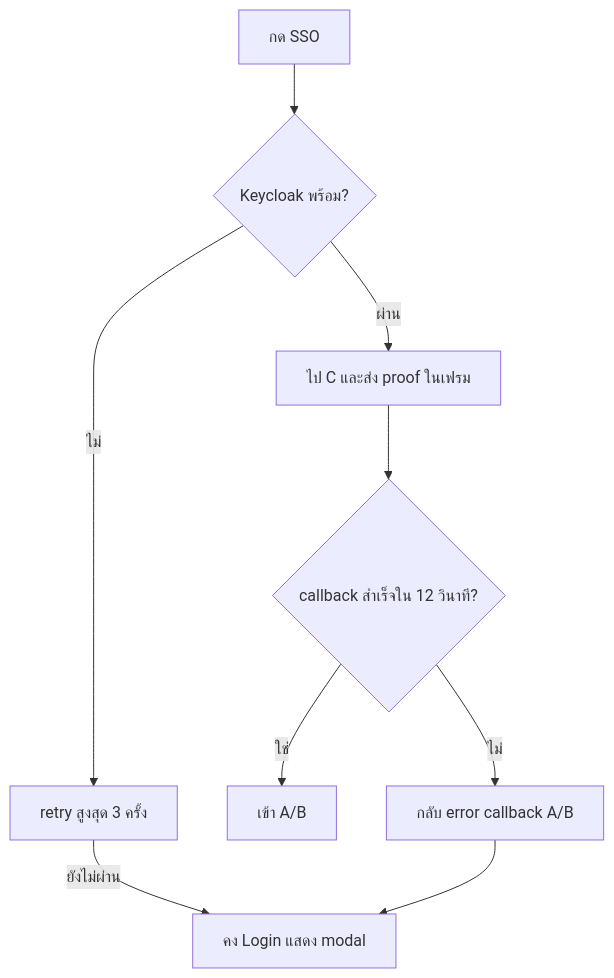
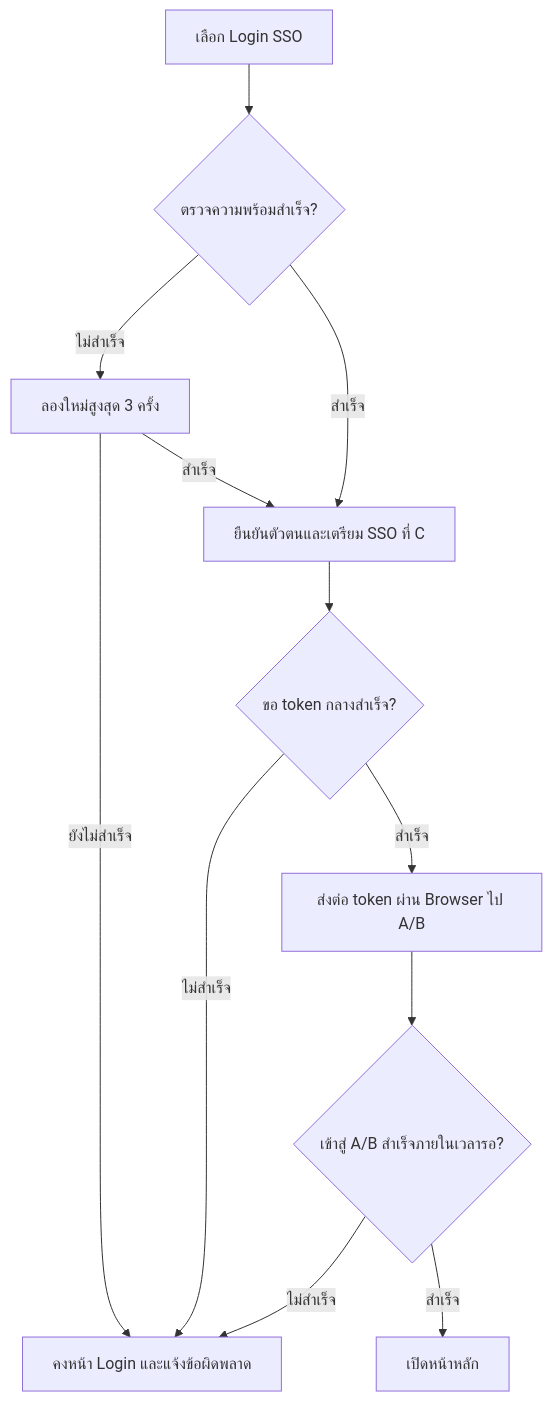
Before and after one commit to Sin1apachai/poc_sso: diagram 12 of 22 in docs/flows/LOGIN-AND-SESSION.md, drawn with Mermaid. The commit also changed other lines of this file and 69 other files, not shown here.

Commit message:
Add IdP heartbeat, Keycloak API collection and revised SSO guides

````diff
--- a/docs/flows/LOGIN-AND-SESSION.md
+++ b/docs/flows/LOGIN-AND-SESSION.md
@@ -294,11 +300,14 @@
 ```mermaid
 flowchart TD
-S[กด SSO] --> P{Keycloak พร้อม?}
-    P -->|ไม่| R[retry สูงสุด 3 ครั้ง]
-    R -->|ยังไม่ผ่าน| E[คง Login แสดง modal]
-    P -->|ผ่าน| C[ไป C และส่ง proof ในเฟรม]
-    C --> T{callback สำเร็จใน 12 วินาที?}
-    T -->|ใช่| H[เข้า A/B]
-    T -->|ไม่| F[กลับ error callback A/B]
-    F --> E
+    S[เลือก Login SSO] --> P{ตรวจความพร้อมสำเร็จ?}
+    P -->|ไม่สำเร็จ| R[ลองใหม่สูงสุด 3 ครั้ง]
+    R -->|ยังไม่สำเร็จ| E[คงหน้า Login และแจ้งข้อผิดพลาด]
+    R -->|สำเร็จ| C[ยืนยันตัวตนและเตรียม SSO ที่ C]
+    P -->|สำเร็จ| C
+    C --> Q{ขอ token กลางสำเร็จ?}
+    Q -->|ไม่สำเร็จ| E
+    Q -->|สำเร็จ| F[ส่งต่อ token ผ่าน Browser ไป A/B]
+    F --> T{เข้าสู่ A/B สำเร็จภายในเวลารอ?}
+    T -->|สำเร็จ| H[เปิดหน้าหลัก]
+    T -->|ไม่สำเร็จ| E
 ```
````
